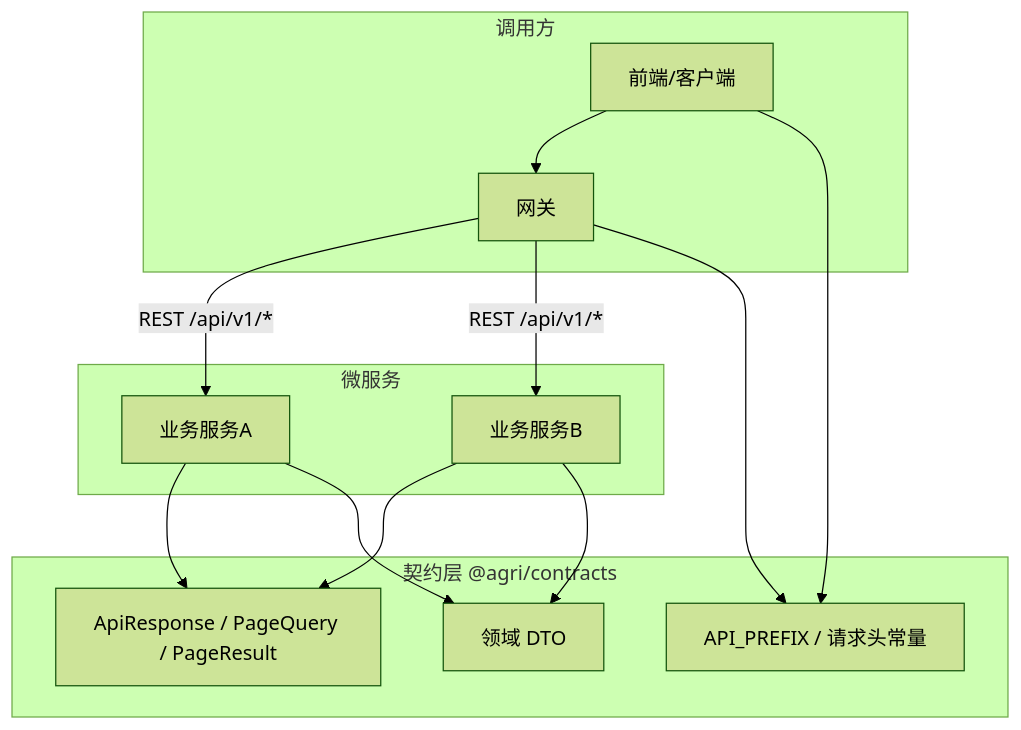
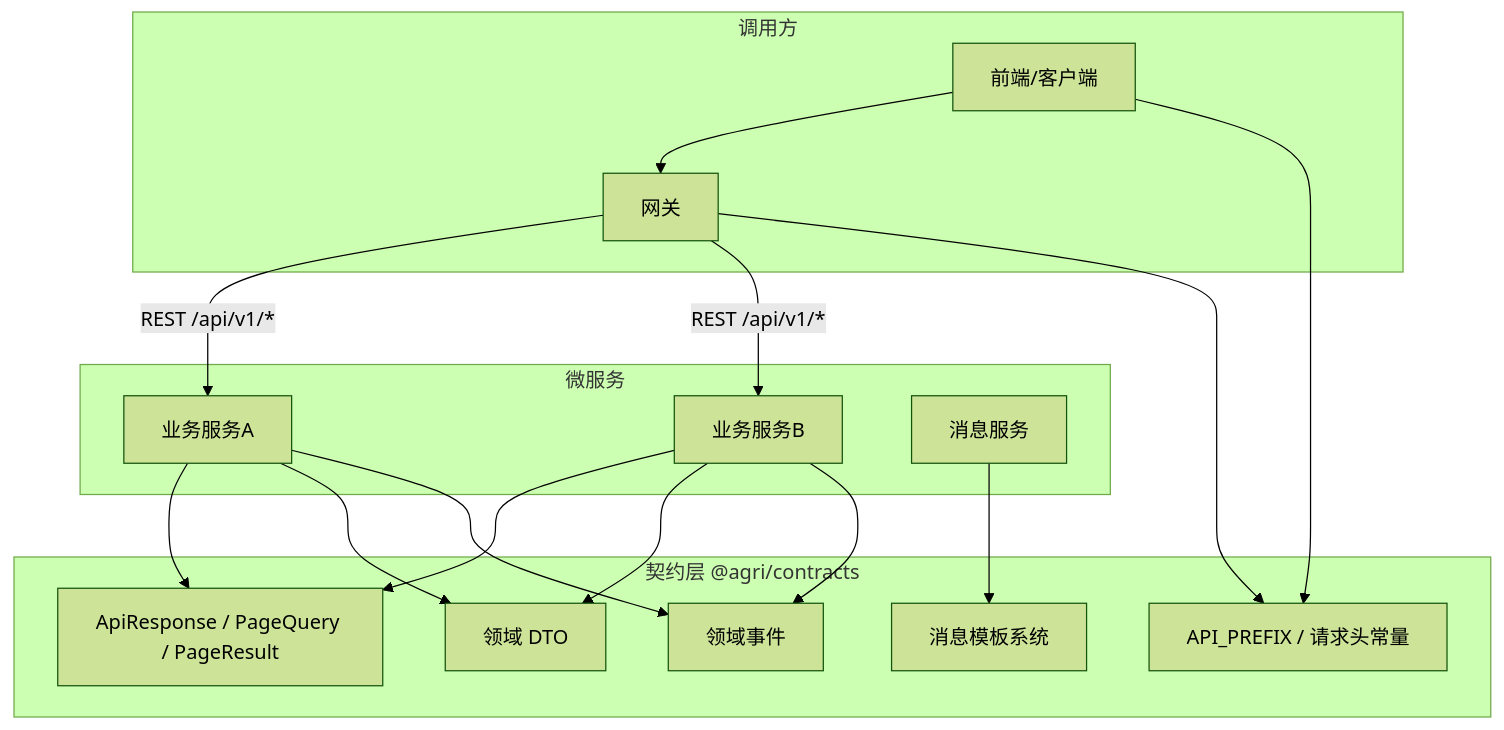
Before and after one commit to q446328246/agri-platform: the second of 6 diagrams in .qoder/repowiki/zh/content/公共包文档/契约定义包 (@agri_contracts).md, drawn with Mermaid (forest theme). The commit also changed other lines of this file and 84 other files, not shown here.

````diff
--- a/.qoder/repowiki/zh/content/公共包文档/契约定义包 (@agri_contracts).md
+++ b/.qoder/repowiki/zh/content/公共包文档/契约定义包 (@agri_contracts).md
@@ -69,25 +88,31 @@
 ```mermaid
 graph TB
 subgraph "调用方"
 GW["网关"]
 FE["前端/客户端"]
 end
 subgraph "契约层 @agri/contracts"
 C_API["ApiResponse / PageQuery / PageResult"]
 C_CONST["API_PREFIX / 请求头常量"]
 C_DTO["领域 DTO"]
+C_EVENTS["领域事件"]
+C_MESSAGES["消息模板系统"]
 end
 subgraph "微服务"
 S1["业务服务A"]
 S2["业务服务B"]
+MS["消息服务"]
 end
 FE --> GW
 GW --> |REST /api/v1/*| S1
 GW --> |REST /api/v1/*| S2
 S1 --> C_API
 S2 --> C_API
 S1 --> C_DTO
 S2 --> C_DTO
+S1 --> C_EVENTS
+S2 --> C_EVENTS
+MS --> C_MESSAGES
 GW --> C_CONST
 FE --> C_CONST
 ```
````
